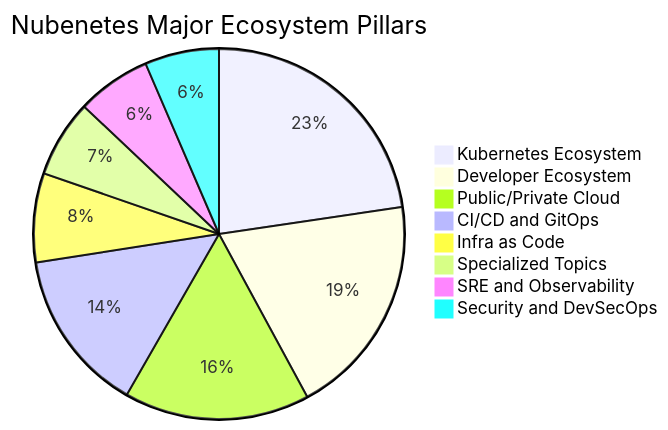
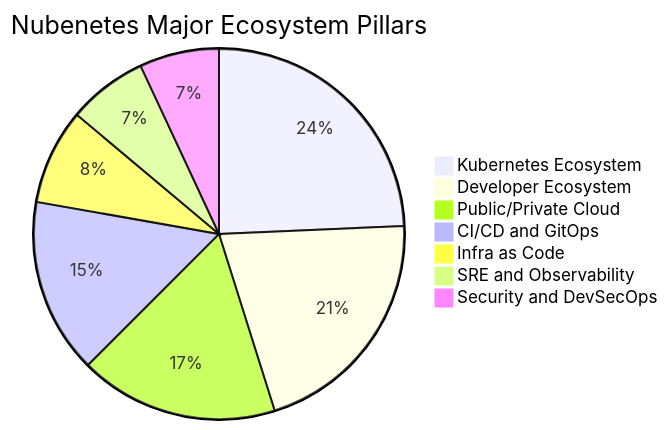
Before and after one commit to sec-js/awesome-kubernetes: the second of 10 diagrams in README.md, drawn with Mermaid. The commit also changed other lines of this file, not shown here.

````diff
--- a/README.md
+++ b/README.md
@@ -218,11 +208,10 @@
 ```mermaid
 pie title Nubenetes Major Ecosystem Pillars
     "Kubernetes Ecosystem" : 3500
     "Developer Ecosystem" : 3000
     "Public/Private Cloud" : 2500
     "CI/CD and GitOps" : 2200
     "Infra as Code" : 1200
-    "Specialized Topics" : 1041
     "SRE and Observability" : 1000
     "Security and DevSecOps" : 1000
 ```
````
